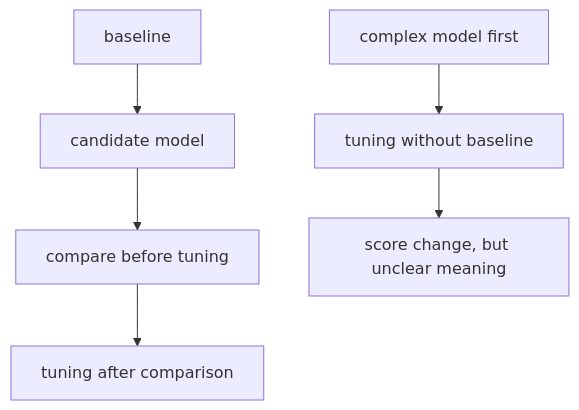
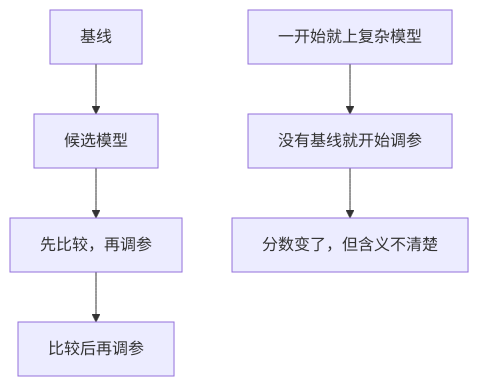
The diagram in docs/assets/part-04/chapter-08/p4-8-2-mermaid-03-zh.mmd (devchan64/AiBook), drawn with Mermaid before and after one commit. The commit also changed 279 other files, not shown here.

Commit message:
Localize Part 4 Korean and Chinese diagrams

```diff
--- a/docs/assets/part-04/chapter-08/p4-8-2-mermaid-03-zh.mmd
+++ b/docs/assets/part-04/chapter-08/p4-8-2-mermaid-03-zh.mmd
@@ -1,11 +1,11 @@
 flowchart TB
-  A["baseline"]
-  B["candidate model"]
-  C["compare before tuning"]
-  D["tuning after comparison"]
-  E["complex model first"]
-  F["tuning without baseline"]
-  G["score change, but unclear meaning"]
+  A["基线"]
+  B["候选模型"]
+  C["先比较，再调参"]
+  D["比较后再调参"]
+  E["一开始就上复杂模型"]
+  F["没有基线就开始调参"]
+  G["分数变了，但含义不清楚"]
 
   A --> B --> C --> D
   E --> F --> G
```
